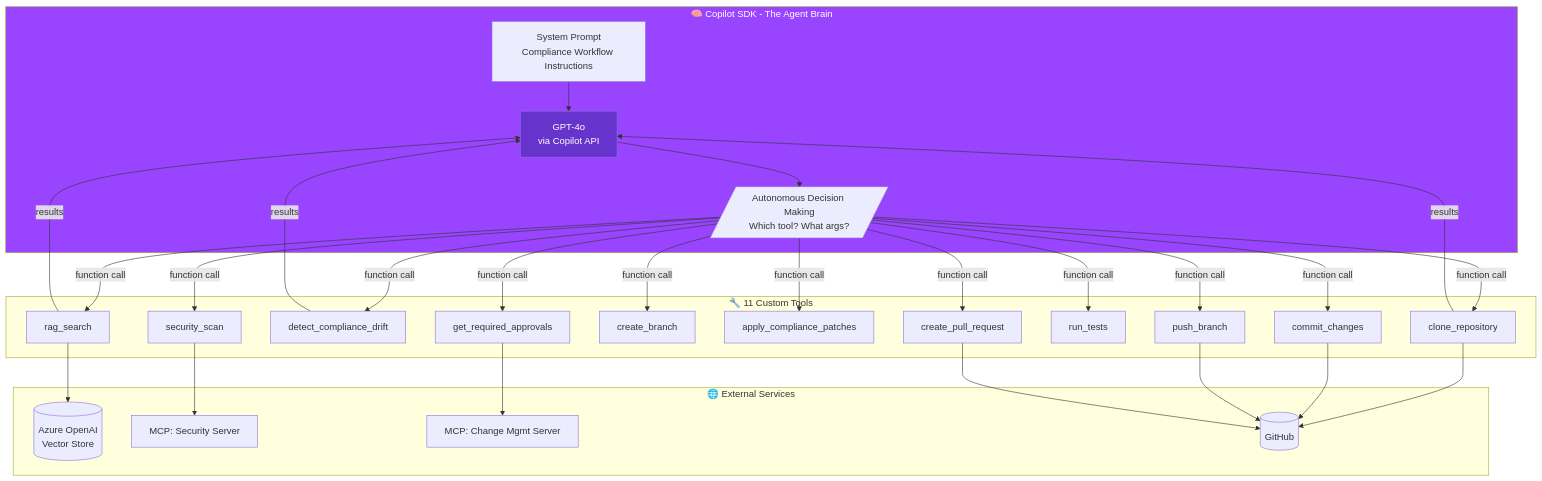
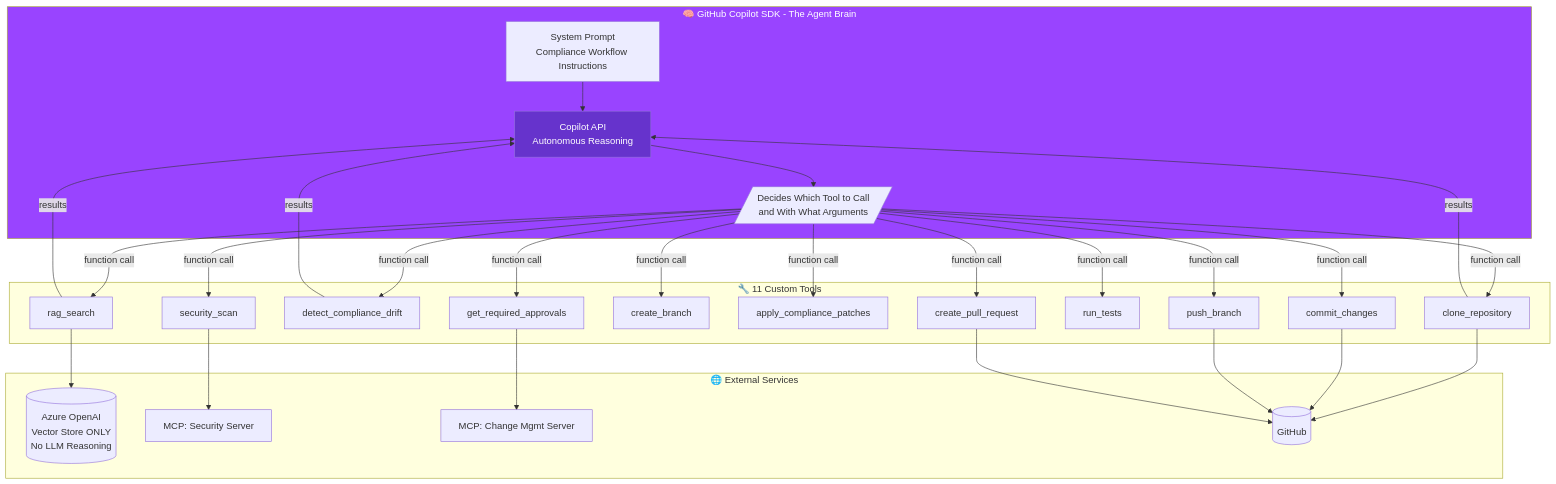
One commit to MSFT-Innovation-Hub-India/GHCP-CLI-SDK-PR-AUTOMATION changed the first of 6 diagrams in docs/ARCHITECTURE_FLOW.md. Above: the diagram before and after it, drawn with Mermaid. The commit also changed other lines of this file, not shown here.

First line of the commit message:
docs: clarify Copilot SDK vs Azure OpenAI roles

````diff
--- a/docs/ARCHITECTURE_FLOW.md
+++ b/docs/ARCHITECTURE_FLOW.md
@@ -15,45 +19,45 @@
 ```mermaid
 flowchart TB
-    subgraph AgentBrain["🧠 Copilot SDK - The Agent Brain"]
-        LLM[GPT-4o<br/>via Copilot API]
+    subgraph AgentBrain["🧠 GitHub Copilot SDK - The Agent Brain"]
+        LLM[Copilot API<br/>Autonomous Reasoning]
         PROMPT[System Prompt<br/>Compliance Workflow Instructions]
-        DECIDE[/"Autonomous Decision Making<br/>Which tool? What args?"/]
+        DECIDE[/"Decides Which Tool to Call<br/>and With What Arguments"/]
     end
 
     subgraph CustomTools["🔧 11 Custom Tools"]
         T1[rag_search]
         T2[clone_repository]
         T3[detect_compliance_drift]
         T4[security_scan]
         T5[create_branch]
         T6[apply_compliance_patches]
         T7[get_required_approvals]
         T8[run_tests]
         T9[commit_changes]
         T10[push_branch]
         T11[create_pull_request]
     end
 
     subgraph External["🌐 External Services"]
-        AOAI[(Azure OpenAI<br/>Vector Store)]
+        AOAI[(Azure OpenAI<br/>Vector Store ONLY<br/>No LLM Reasoning)]
         MCP_SEC[MCP: Security Server]
         MCP_CM[MCP: Change Mgmt Server]
         GH[(GitHub)]
     end
 
     LLM --> DECIDE
     PROMPT --> LLM
     DECIDE -->|function call| T1 & T2 & T3 & T4 & T5 & T6 & T7 & T8 & T9 & T10 & T11
     
     T1 -->|results| LLM
     T2 -->|results| LLM
     T3 -->|results| LLM
     
     T1 --> AOAI
     T4 --> MCP_SEC
     T7 --> MCP_CM
     T2 & T9 & T10 & T11 --> GH
 
     style AgentBrain fill:#9944ff,color:white
     style LLM fill:#6633cc,color:white
 ```
````
